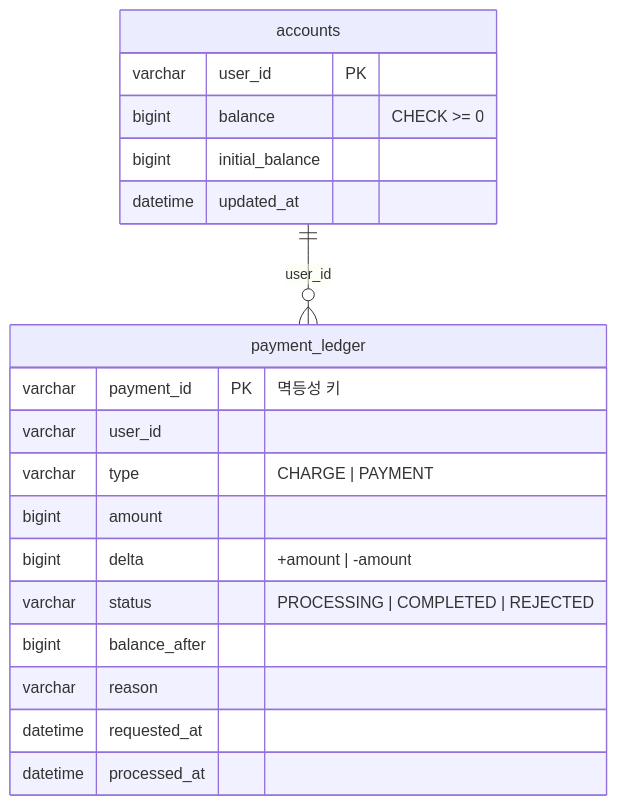
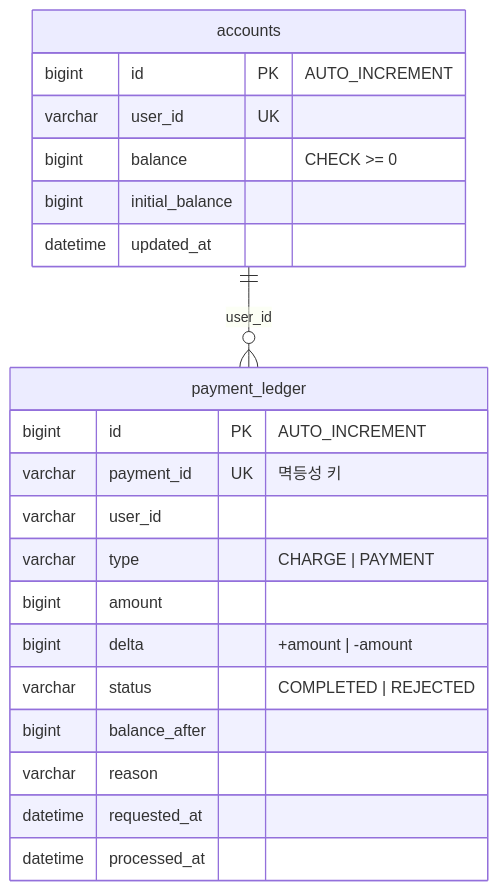
The third of 3 diagrams in docs/02-architecture.md (gunhaa/k8s), drawn with Mermaid before and after one commit. The commit also changed other lines of this file and 22 other files, not shown here.

````diff
--- a/docs/02-architecture.md
+++ b/docs/02-architecture.md
@@ -121,22 +121,24 @@
 ```mermaid
 erDiagram
   accounts ||--o{ payment_ledger : "user_id"
   accounts {
-    varchar user_id PK
+    bigint id PK "AUTO_INCREMENT"
+    varchar user_id UK
     bigint balance "CHECK >= 0"
     bigint initial_balance
     datetime updated_at
   }
   payment_ledger {
-    varchar payment_id PK "멱등성 키"
+    bigint id PK "AUTO_INCREMENT"
+    varchar payment_id UK "멱등성 키"
     varchar user_id
     varchar type "CHARGE | PAYMENT"
     bigint amount
     bigint delta "+amount | -amount"
-    varchar status "PROCESSING | COMPLETED | REJECTED"
+    varchar status "COMPLETED | REJECTED"
     bigint balance_after
     varchar reason
     datetime requested_at
     datetime processed_at
   }
 ```
````
